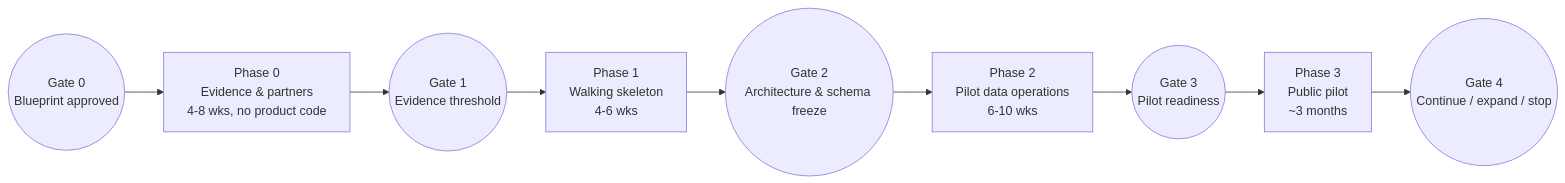
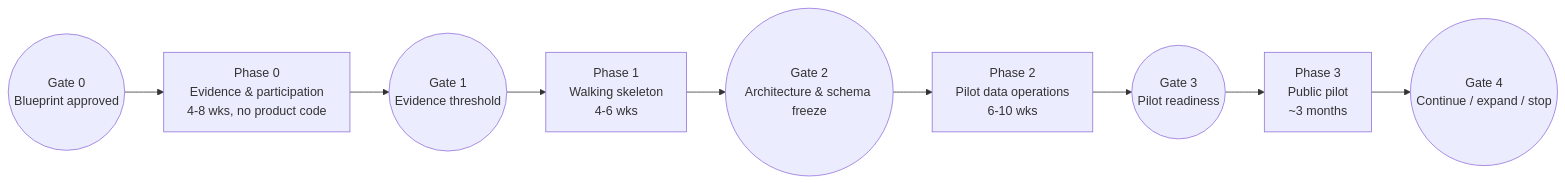
Before and after one commit to AutomatedEmpires/ORAN: the third of 3 diagrams in docs/BLUEPRINT.md, drawn with Mermaid. The commit also changed other lines of this file and 7 other files, not shown here.

````diff
--- a/docs/BLUEPRINT.md
+++ b/docs/BLUEPRINT.md
@@ -883,11 +908,11 @@
 ```mermaid
 flowchart LR
-  G0((Gate 0<br/>Blueprint approved)) --> P0[Phase 0<br/>Evidence & partners<br/>4-8 wks, no product code]
+  G0((Gate 0<br/>Blueprint approved)) --> P0[Phase 0<br/>Evidence & participation<br/>4-8 wks, no product code]
   P0 --> G1((Gate 1<br/>Evidence threshold))
   G1 --> P1[Phase 1<br/>Walking skeleton<br/>4-6 wks]
   P1 --> G2((Gate 2<br/>Architecture & schema freeze))
   G2 --> P2[Phase 2<br/>Pilot data operations<br/>6-10 wks]
   P2 --> G3((Gate 3<br/>Pilot readiness))
   G3 --> P3[Phase 3<br/>Public pilot<br/>~3 months]
   P3 --> G4((Gate 4<br/>Continue / expand / stop))
 ```
````
